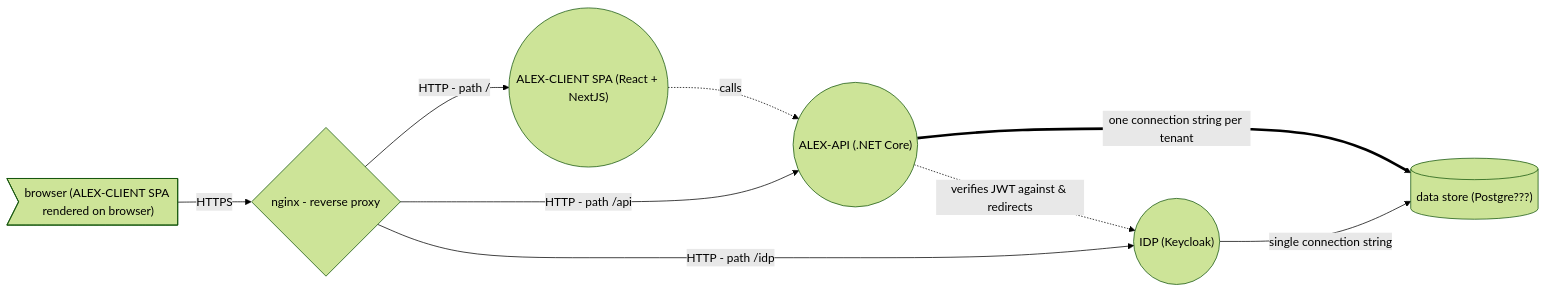
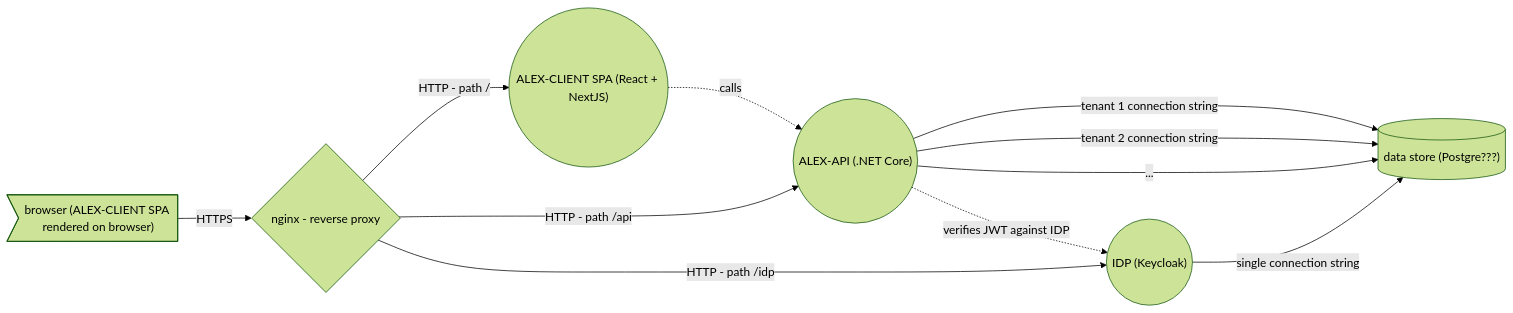
The diagram in docs/reverse-proxy.md (code4romania/alex-api), drawn with Mermaid (forest theme) before and after one commit.

Commit message:
Architecture diagram fixes.

````diff
--- a/docs/reverse-proxy.md
+++ b/docs/reverse-proxy.md
@@ -5,11 +5,13 @@
 ```mermaid
 flowchart LR
     web>"browser (ALEX-CLIENT SPA rendered on browser)"] -- HTTPS --> reverse_proxy{"nginx - reverse proxy"}
     reverse_proxy -- "HTTP - path /" --> alex_client(("ALEX-CLIENT SPA (React + NextJS)"))
     alex_client -. calls .-> alex_api
     reverse_proxy -- "HTTP - path /api" --> alex_api(("ALEX-API (.NET Core)"))
-    alex_api -. "verifies JWT against & redirects" .-> idp
-    alex_api == one connection string per tenant ==> db[(database)]
+    alex_api -. "verifies JWT against IDP" .-> idp
+    alex_api -- "tenant 1 connection string" --> db[(database)]
+    alex_api -- "tenant 2 connection string" --> db[(database)]
+    alex_api -- "..." --> db[(database)]
     idp -- single connection string --> db[("data store (Postgre???)")]   
     reverse_proxy -- "HTTP - path /idp" --> idp(("IDP (Keycloak)"))    
 ```
````
